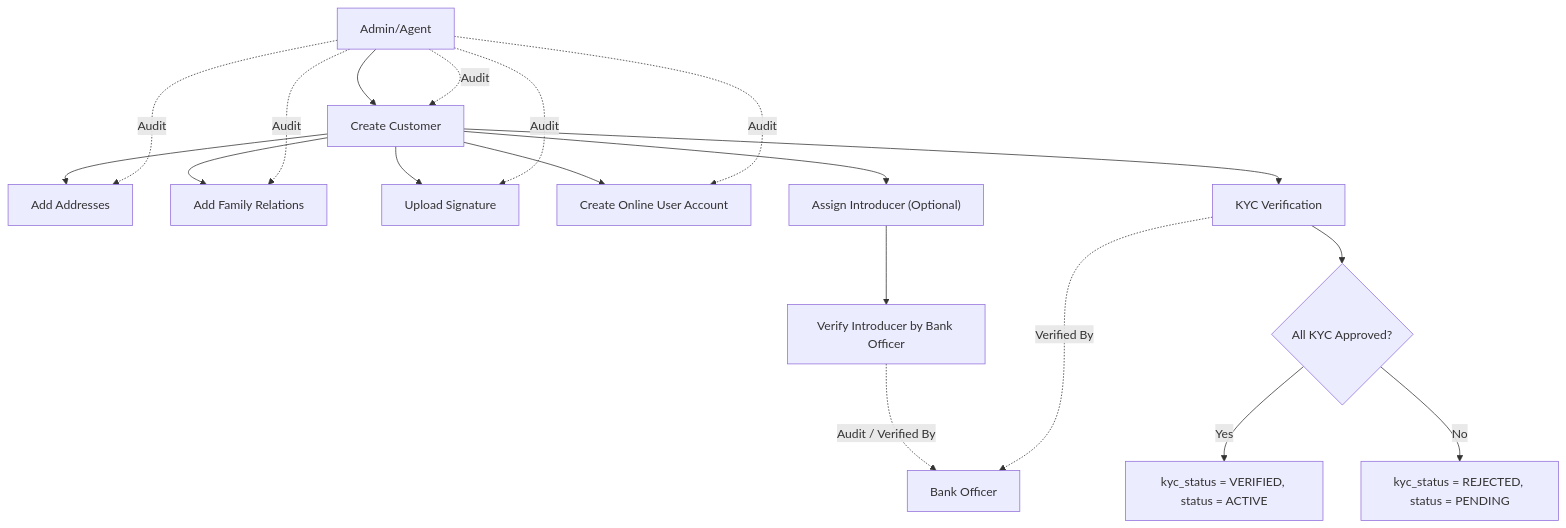
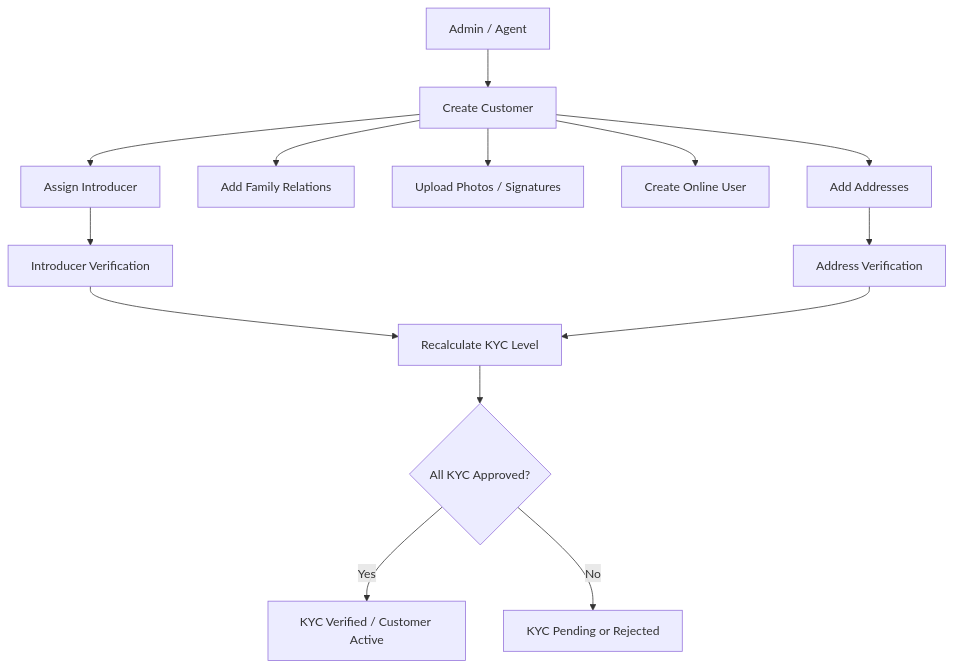
Before and after one commit to Newton-Mitro/ccuss: the diagram in _doc/schema_v1/003_customer_management.md, drawn with Mermaid. The commit also changed other lines of this file and 74 other files, not shown here.

````diff
--- a/_doc/schema_v1/003_customer_management.md
+++ b/_doc/schema_v1/003_customer_management.md
@@ -95,24 +263,20 @@
 ```mermaid
 flowchart TD
-    A["Admin/Agent"] --> B["Create Customer"]
-    B --> C["Add Addresses"]
-    B --> D["Add Family Relations"]
-    B --> E["Upload Signature"]
-    B --> F["Create Online User Account"]
-    B --> G["Assign Introducer (Optional)"]
-    G --> H["Verify Introducer by Bank Officer"]
-    B --> I["KYC Verification"]
-    I --> J{"All KYC Approved?"}
-    J -->|Yes| K["kyc_status = VERIFIED, status = ACTIVE"]
-    J -->|No| L["kyc_status = REJECTED, status = PENDING"]
+    A[Admin / Agent] --> B[Create Customer]
+    B --> C[Add Addresses]
+    B --> D[Add Family Relations]
+    B --> E[Upload Photos / Signatures]
+    B --> F[Create Online User]
+    B --> G[Assign Introducer]
 
-    %% Audit Trails
-    A -.->|Audit| B
-    A -.->|Audit| C
-    A -.->|Audit| D
-    A -.->|Audit| E
-    A -.->|Audit| F
-    H -.->|Audit / Verified By| U["Bank Officer"]
-    I -.->|Verified By| U
+    G --> H[Introducer Verification]
+    C --> I[Address Verification]
+
+    H --> J[Recalculate KYC Level]
+    I --> J
+
+    J --> K{All KYC Approved?}
+    K -->|Yes| L[KYC Verified / Customer Active]
+    K -->|No| M[KYC Pending or Rejected]
 
 ```
````
